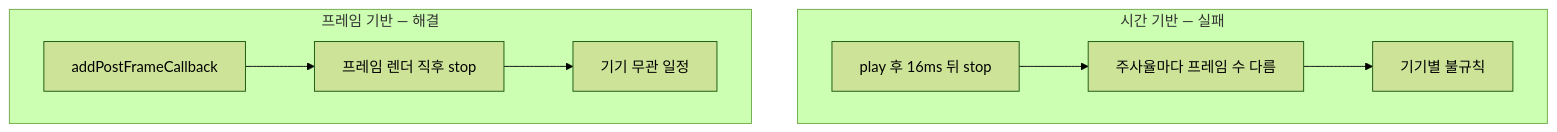
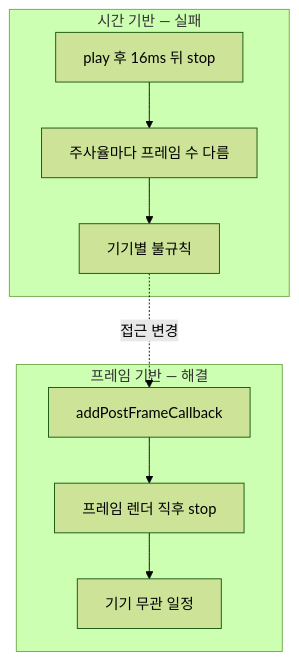
The third of 3 diagrams in carsub/README.md (thdwjdrl401/dev_retrospective), drawn with Mermaid (forest theme) before and after one commit. The commit also changed 1 other file, not shown here.

Commit message:
docs: 머메이드 비교 도식 순서(이전→이후) 고정
dirty-checking·N+1·Confetti 도식에 연결 화살표를 추가해 이전→이후 순서를 강제. 두 subgraph만으로는 렌더러(dagre)가 상하 순서를 보장하지 않던 문제.

````diff
--- a/carsub/README.md
+++ b/carsub/README.md
@@ -81,9 +81,10 @@
 ```mermaid
 flowchart TB
   subgraph T ["시간 기반 — 실패"]
     T1["play 후 16ms 뒤 stop"] --> T2["주사율마다 프레임 수 다름"] --> T3["기기별 불규칙"]
   end
   subgraph F ["프레임 기반 — 해결"]
     F1["addPostFrameCallback"] --> F2["프레임 렌더 직후 stop"] --> F3["기기 무관 일정"]
   end
+  T3 -. 접근 변경 .-> F1
 ```
````
